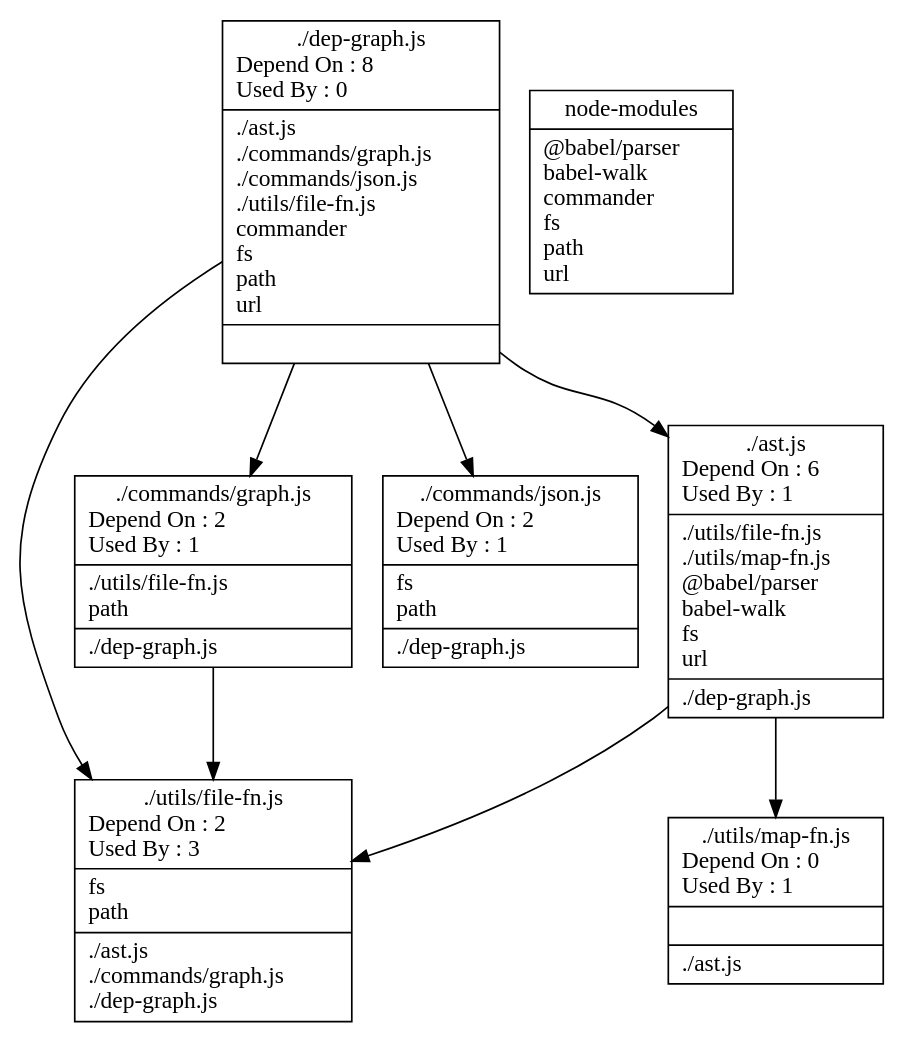
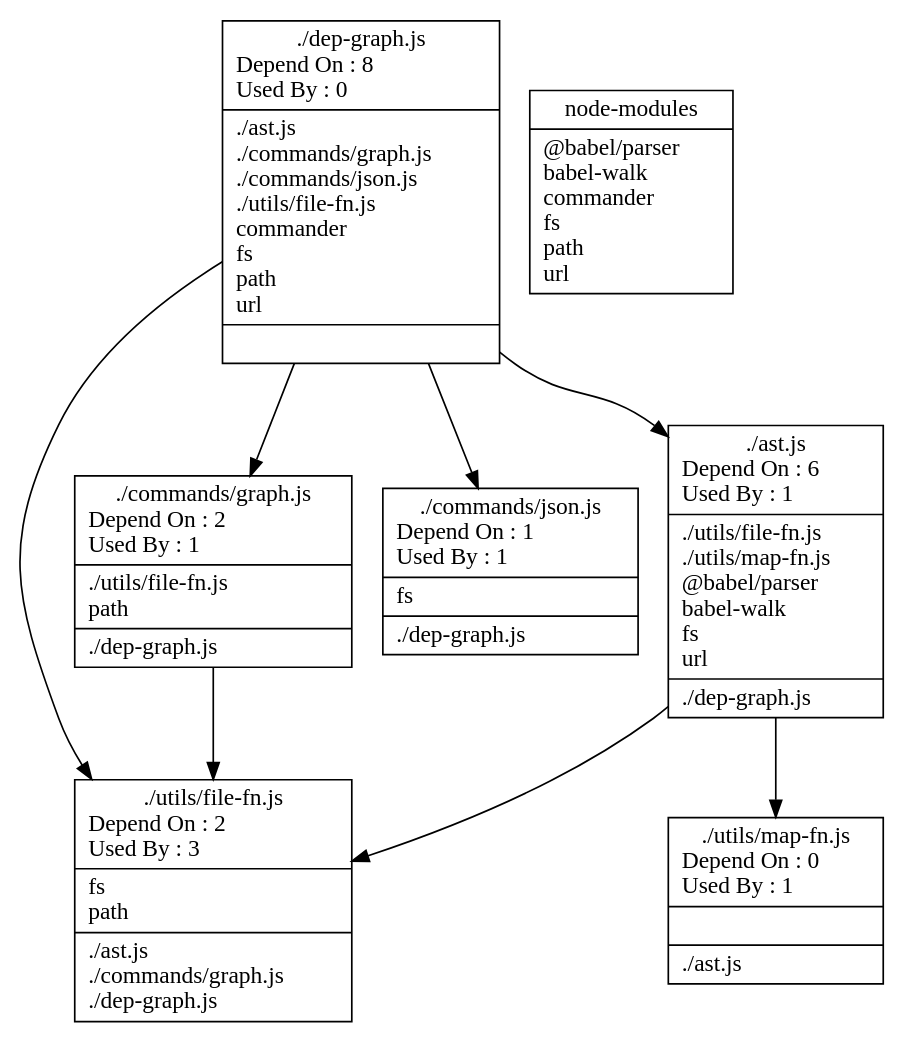
Before and after one commit to fleebe/dep-graph: the diagram in __tests__/out-eg/srcRelations.dot, drawn with Graphviz. The commit also changed 17 other files, not shown here.

```diff
--- a/__tests__/out-eg/srcRelations.dot
+++ b/__tests__/out-eg/srcRelations.dot
@@ -1,87 +1,86 @@
 digraph {
 node [shape=record];
 "./ast.js" [label="{ ./ast.js\n
 Depend On : 6\l
 Used By : 1\l
 |
 		./utils/file-fn.js\l
 		./utils/map-fn.js\l
 		@babel/parser\l
 		babel-walk\l
 		fs\l
 		url\l
 |
 		./dep-graph.js\l
 }"];
 
 "./dep-graph.js" [label="{ ./dep-graph.js\n
 Depend On : 8\l
 Used By : 0\l
 |
 		./ast.js\l
 		./commands/graph.js\l
 		./commands/json.js\l
 		./utils/file-fn.js\l
 		commander\l
 		fs\l
 		path\l
 		url\l
 |
 }"];
 
 "./commands/graph.js" [label="{ ./commands/graph.js\n
 Depend On : 2\l
 Used By : 1\l
 |
 		./utils/file-fn.js\l
 		path\l
 |
 		./dep-graph.js\l
 }"];
 
 "./commands/json.js" [label="{ ./commands/json.js\n
-Depend On : 2\l
+Depend On : 1\l
 Used By : 1\l
 |
 		fs\l
-		path\l
 |
 		./dep-graph.js\l
 }"];
 
 "./utils/file-fn.js" [label="{ ./utils/file-fn.js\n
 Depend On : 2\l
 Used By : 3\l
 |
 		fs\l
 		path\l
 |
 		./ast.js\l
 		./commands/graph.js\l
 		./dep-graph.js\l
 }"];
 
 "./utils/map-fn.js" [label="{ ./utils/map-fn.js\n
 Depend On : 0\l
 Used By : 1\l
 |
 |
 		./ast.js\l
 }"];
 
 "node-modules" [label="{node-modules\n | 
  		@babel/parser\l
 		babel-walk\l
 		commander\l
 		fs\l
 		path\l
 		url\l
 }"];
 "./ast.js"->"./utils/file-fn.js"
 "./ast.js"->"./utils/map-fn.js"
 "./dep-graph.js"->"./ast.js"
 "./dep-graph.js"->"./commands/graph.js"
 "./dep-graph.js"->"./commands/json.js"
 "./dep-graph.js"->"./utils/file-fn.js"
 "./commands/graph.js"->"./utils/file-fn.js"
 }
```
